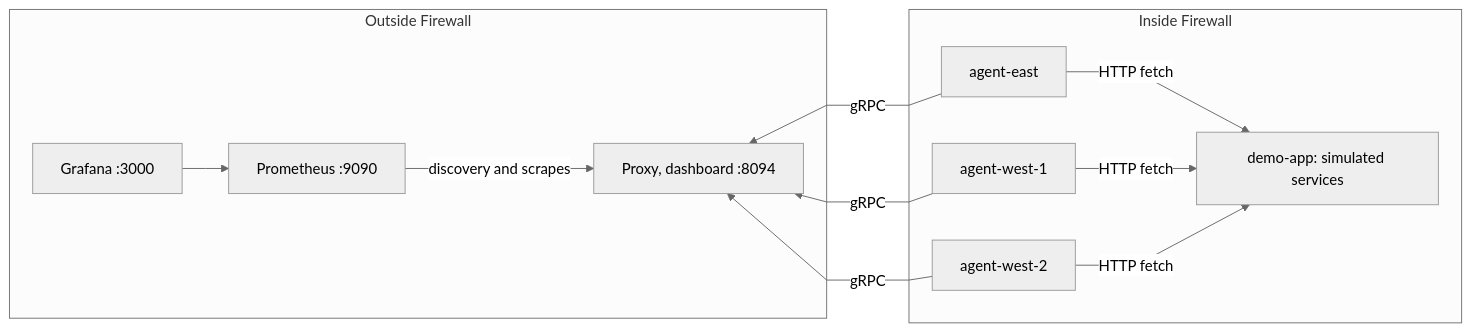
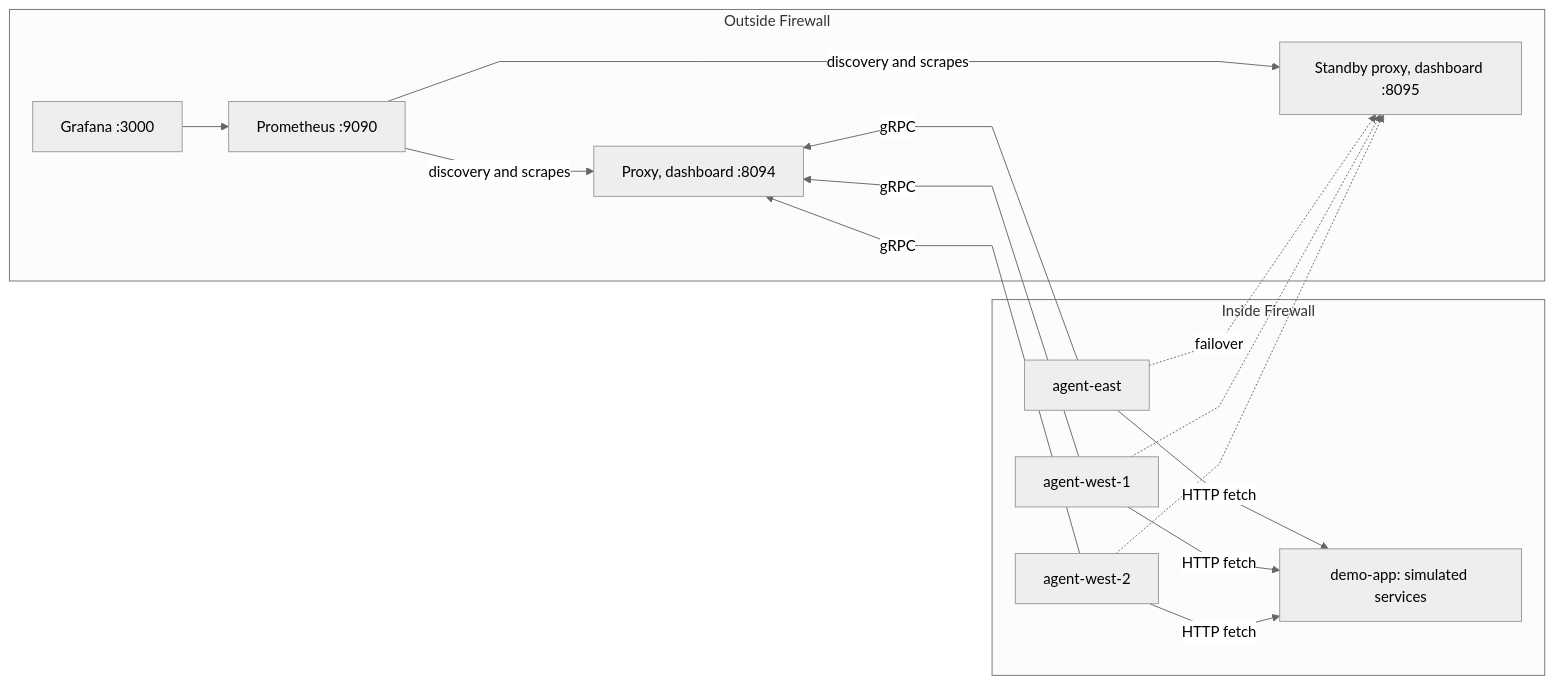
Before and after one commit to pambrose/prometheus-proxy: the diagram in website/prometheus-proxy/docs/demo.md, drawn with Mermaid (neutral theme). The commit also changed other lines of this file and 35 other files, not shown here.

First line of the commit message:
Demo: proxy failover, filtering at the agent, and per-team identities (#406)

````diff
--- a/website/prometheus-proxy/docs/demo.md
+++ b/website/prometheus-proxy/docs/demo.md
@@ -9,30 +9,35 @@
 ``` mermaid
 %%{init: {'flowchart': {'curve': 'linear'}}}%%
 graph LR
   G[Grafana :3000] --> P[Prometheus :9090]
   P -->|discovery and scrapes| Proxy[Proxy, dashboard :8094]
+  P -->|discovery and scrapes| Standby[Standby proxy, dashboard :8095]
   %% Each agent connects out to the proxy, so its arrow points back. The invisible links keep the agents to
   %% the right of the proxy, as on the home page.
   Proxy ~~~ East
   Proxy ~~~ West1
   Proxy ~~~ West2
   East[agent-east] -->|gRPC| Proxy
   West1[agent-west-1] -->|gRPC| Proxy
   West2[agent-west-2] -->|gRPC| Proxy
+  East -.->|failover| Standby
+  West1 -.-> Standby
+  West2 -.-> Standby
   East -->|HTTP fetch| App[demo-app: simulated services]
   West1 -->|HTTP fetch| App
   West2 -->|HTTP fetch| App
 
   subgraph Outside Firewall
     G
     P
     Proxy
+    Standby
   end
 
   subgraph Inside Firewall
     East
     West1
     West2
     App
   end
 ```
````
